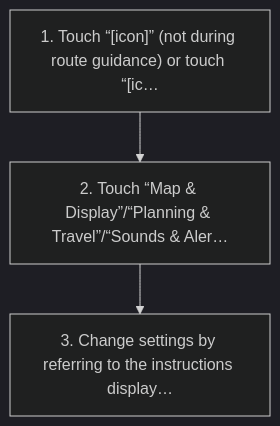
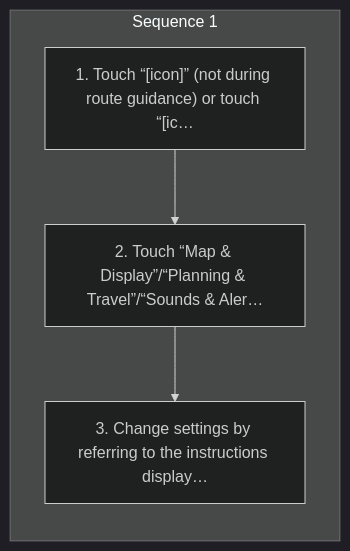
The diagram in workspace/subaru/outback-2026/ivi/published/navigation-if-equipped/20-navigation-settings-screen.md (Chieko-Y/my-spec-generator), drawn with Mermaid (dark theme) before and after one commit. The commit also changed other lines of this file and 268 other files, not shown here.

````diff
--- a/workspace/subaru/outback-2026/ivi/published/navigation-if-equipped/20-navigation-settings-screen.md
+++ b/workspace/subaru/outback-2026/ivi/published/navigation-if-equipped/20-navigation-settings-screen.md
@@ -9,8 +9,11 @@
 ```mermaid
 flowchart TD
-    S1["1. Touch “[icon]” (not during route guidance) or touch “[ic…"]
-    S2["2. Touch “Map & Display”/“Planning & Travel”/“Sounds & Aler…"]
-    S3["3. Change settings by referring to the instructions display…"]
-    S1 --> S2
-    S2 --> S3
+    subgraph SEQ1["Sequence 1"]
+    direction TB
+    S1_1["1. Touch “[icon]” (not during route guidance) or touch “[ic…"]
+    S1_2["2. Touch “Map & Display”/“Planning & Travel”/“Sounds & Aler…"]
+    S1_3["3. Change settings by referring to the instructions display…"]
+    S1_1 --> S1_2
+    S1_2 --> S1_3
+    end
 ```
````
